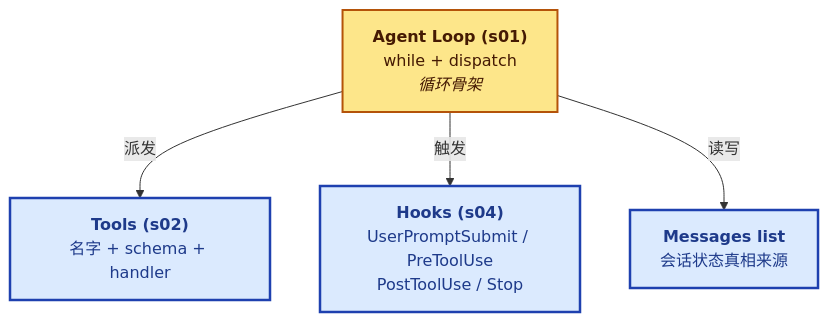
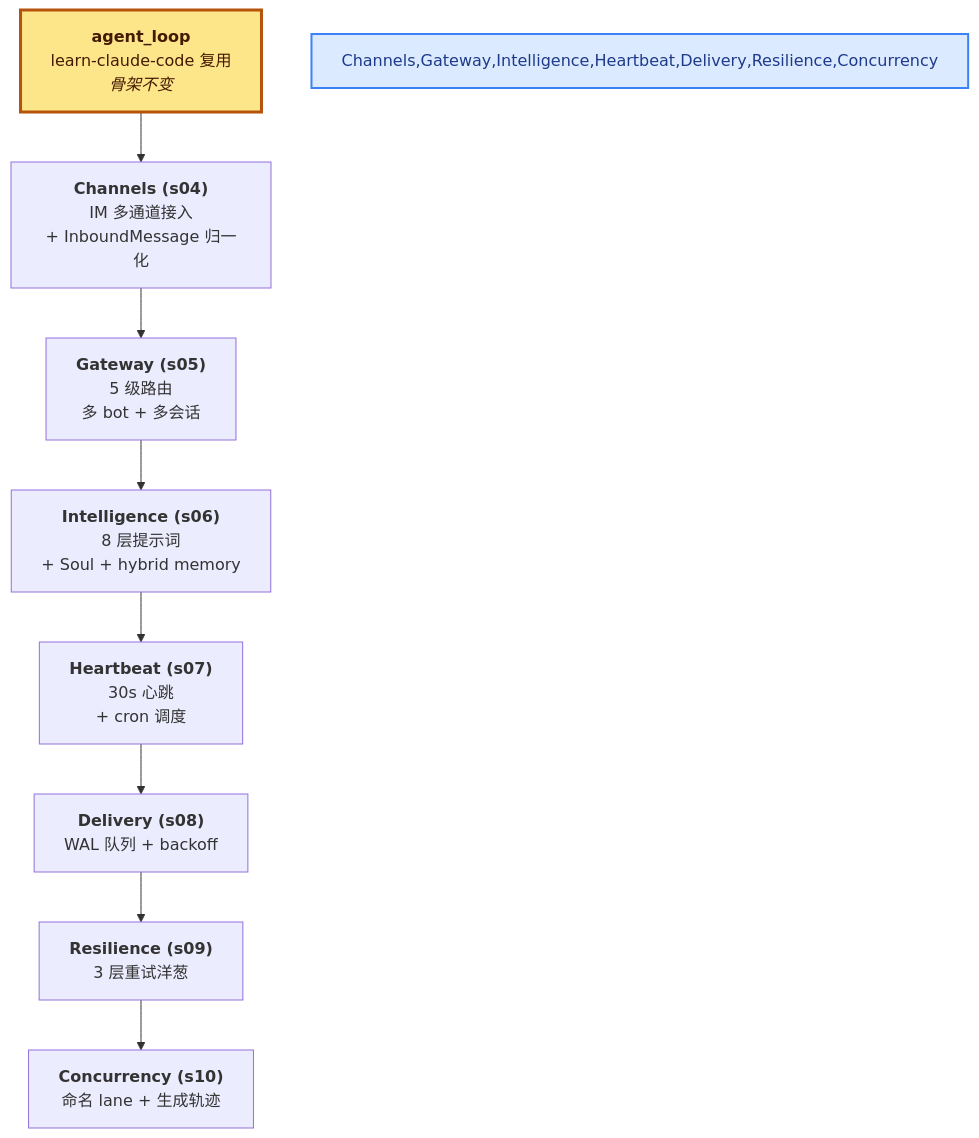
The diagram in Agent/Harness/Claw-Theory/README.md (PyrePuin/From-Zero-LLM-Agent-Infra-Notes), drawn with Mermaid before and after one commit. The commit also changed other lines of this file and 30 other files, not shown here.

First line of the commit message:
refactor: 拆分 Learn-Claude-Code / Claw-Theory + s04 第二轮

````diff
--- a/Agent/Harness/Claw-Theory/README.md
+++ b/Agent/Harness/Claw-Theory/README.md
@@ -9,15 +12,23 @@
 ```mermaid
 %%{init: {'themeVariables': {'fontSize': '16px', 'fontFamily': 'ui-sans-serif, system-ui, -apple-system, "Segoe UI", Roboto, sans-serif'}}}%%
 flowchart TD
-    Loop["<b>Agent Loop (s01)</b><br/>while + dispatch<br/><i>循环骨架</i>"]
-    Tools["<b>Tools (s02)</b><br/>名字 + schema + handler"]
-    Hooks["<b>Hooks (s04)</b><br/>UserPromptSubmit / PreToolUse<br/>PostToolUse / Stop"]
-    Messages["<b>Messages list</b><br/>会话状态真相来源"]
-    Loop -->|派发| Tools
-    Loop -->|触发| Hooks
-    Loop -->|读写| Messages
-    style Loop fill:#fde68a,stroke:#b45309,stroke-width:2px,color:#451a03
-    style Tools fill:#dbeafe,stroke:#1e40af,stroke-width:2.5px,color:#1e3a8a
-    style Hooks fill:#dbeafe,stroke:#1e40af,stroke-width:2.5px,color:#1e3a8a
-    style Messages fill:#dbeafe,stroke:#1e40af,stroke-width:2.5px,color:#1e3a8a
+    Loop["<b>agent_loop</b><br/>learn-claude-code 复用<br/><i>骨架不变</i>"]
+    Channels["<b>Channels (s04)</b><br/>IM 多通道接入<br/>+ InboundMessage 归一化"]
+    Gateway["<b>Gateway (s05)</b><br/>5 级路由<br/>多 bot + 多会话"]
+    Intelligence["<b>Intelligence (s06)</b><br/>8 层提示词<br/>+ Soul + hybrid memory"]
+    Heartbeat["<b>Heartbeat (s07)</b><br/>30s 心跳<br/>+ cron 调度"]
+    Delivery["<b>Delivery (s08)</b><br/>WAL 队列 + backoff"]
+    Resilience["<b>Resilience (s09)</b><br/>3 层重试洋葱"]
+    Concurrency["<b>Concurrency (s10)</b><br/>命名 lane + 生成轨迹"]
+
+    Loop --> Channels
+    Channels --> Gateway
+    Gateway --> Intelligence
+    Intelligence --> Heartbeat
+    Heartbeat --> Delivery
+    Delivery --> Resilience
+    Resilience --> Concurrency
+
+    style Loop fill:#fde68a,stroke:#b45309,stroke-width:3px,color:#451a03
+    style Channels,Gateway,Intelligence,Heartbeat,Delivery,Resilience,Concurrency fill:#dbeafe,stroke:#3b82f6,stroke-width:2px,color:#1e3a8a
 ```
````
